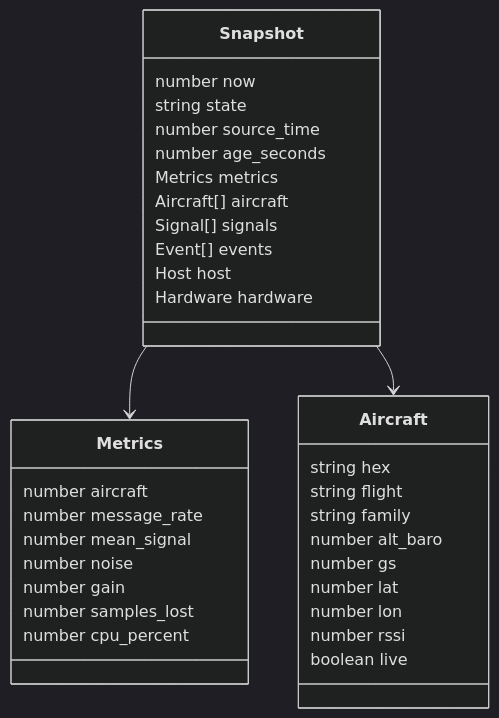
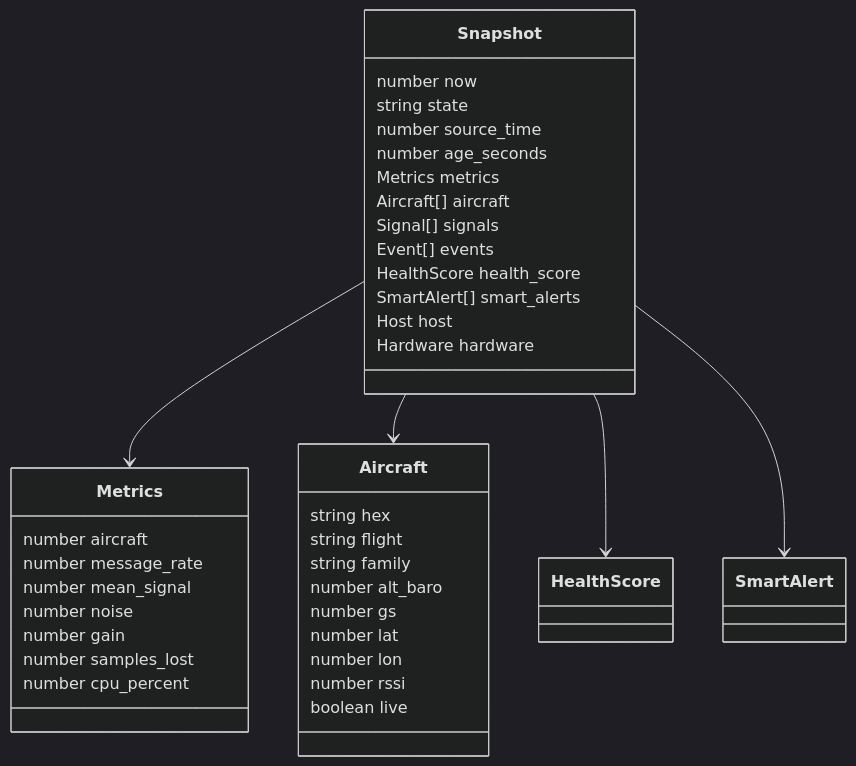
Before and after one commit to ramideltoro/antenna_observatory: the diagram in wiki-site/docs/api.md, drawn with Mermaid (dark theme). The commit also changed other lines of this file and 29 other files, not shown here.

````diff
--- a/wiki-site/docs/api.md
+++ b/wiki-site/docs/api.md
@@ -22,37 +30,41 @@
 ```mermaid
 classDiagram
     class Snapshot {
       number now
       string state
       number source_time
       number age_seconds
       Metrics metrics
       Aircraft[] aircraft
       Signal[] signals
       Event[] events
+      HealthScore health_score
+      SmartAlert[] smart_alerts
       Host host
       Hardware hardware
     }
     class Metrics {
       number aircraft
       number message_rate
       number mean_signal
       number noise
       number gain
       number samples_lost
       number cpu_percent
     }
     class Aircraft {
       string hex
       string flight
       string family
       number alt_baro
       number gs
       number lat
       number lon
       number rssi
       boolean live
     }
     Snapshot --> Metrics
     Snapshot --> Aircraft
+    Snapshot --> HealthScore
+    Snapshot --> SmartAlert
 ```
````
